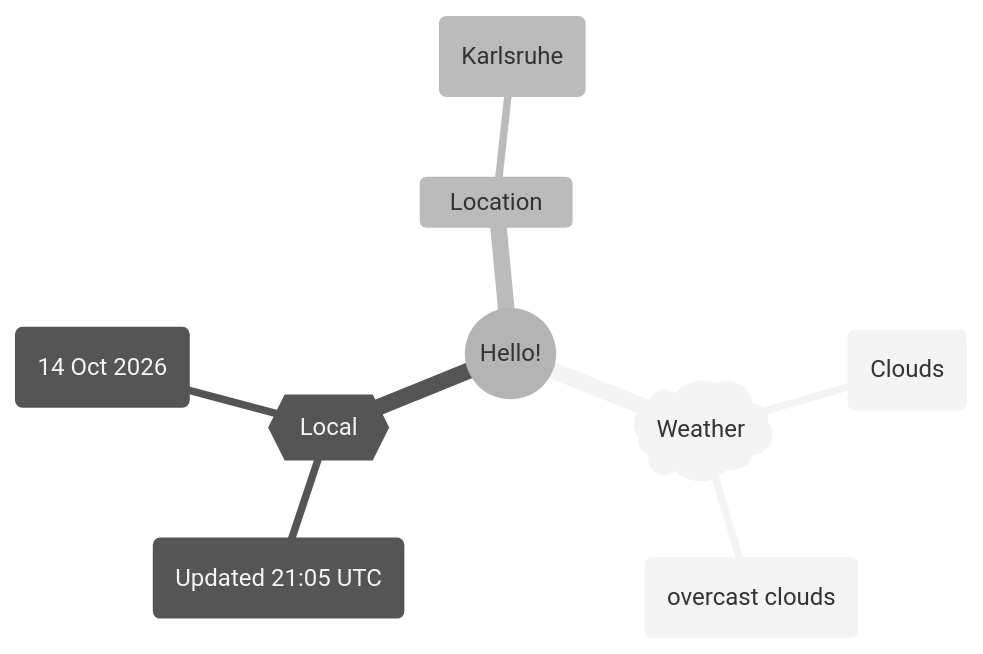
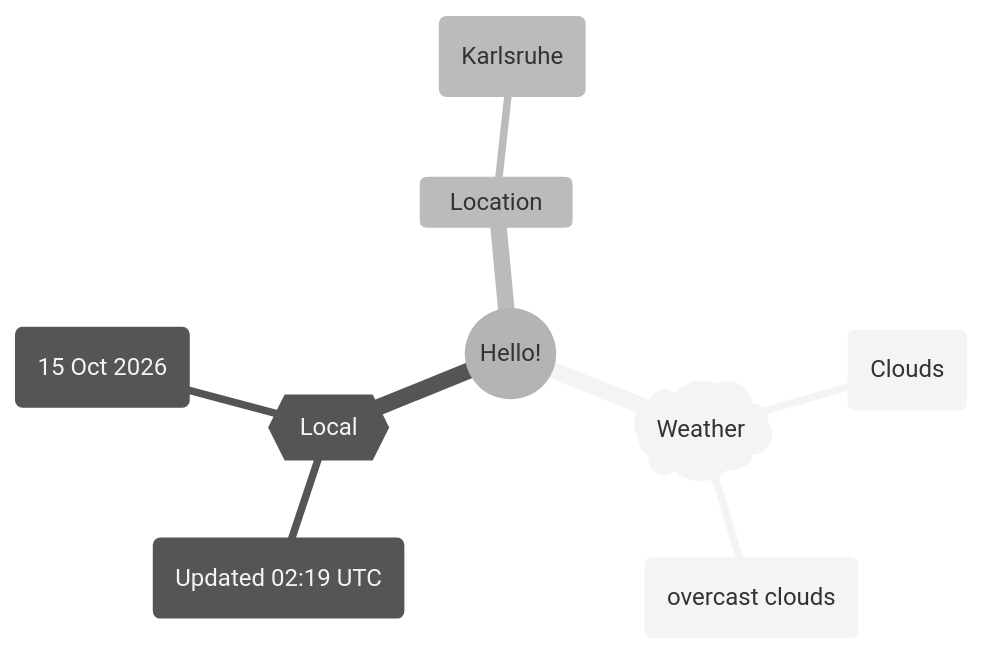
One commit to Xosrov/Xosrov changed the first of 2 diagrams in README.md. Above: the diagram before and after it, drawn with Mermaid (neutral theme).

Commit message:
[bot] updated images

````diff
--- a/README.md
+++ b/README.md
@@ -3,12 +3,12 @@
 ```mermaid
 mindmap
   root((Hello!))
     )Weather(
         (Clouds)
         (overcast clouds)
     {{Local}}
-        (Updated 21:05 UTC)
-        (14 Oct 2026)
+        (Updated 02:19 UTC)
+        (15 Oct 2026)
     Location
         (Karlsruhe)
 ```
````
